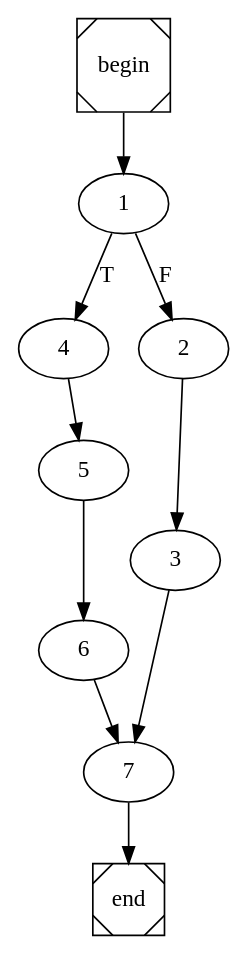
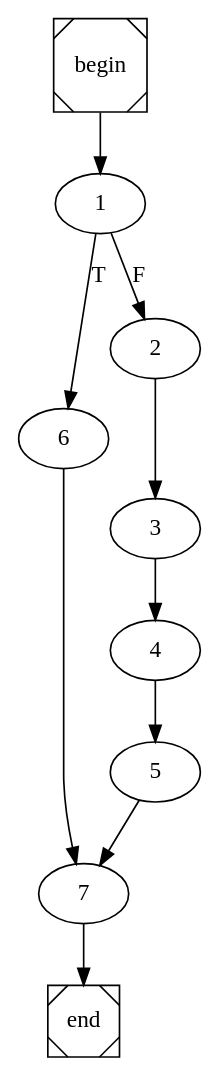
The diagram in compFac.dot (nunores/Java-Compiler), drawn with Graphviz before and after one commit. The commit also changed 16 other files, not shown here.

```diff
--- a/compFac.dot
+++ b/compFac.dot
@@ -1,4 +1,4 @@
 digraph cfg {
 	begin [shape=Msquare];
 	end [shape=Msquare];
-	begin -> 1;	1 -> 4[label=T];	1 -> 2[label=F];	2 -> 3;	3 -> 7;	4 -> 5;	5 -> 6;	6 -> 7;	7 -> end;}
+	begin -> 1;	1 -> 6[label=T];	1 -> 2[label=F];	2 -> 3;	3 -> 4;	4 -> 5;	5 -> 7;	6 -> 7;	7 -> end;}
```
